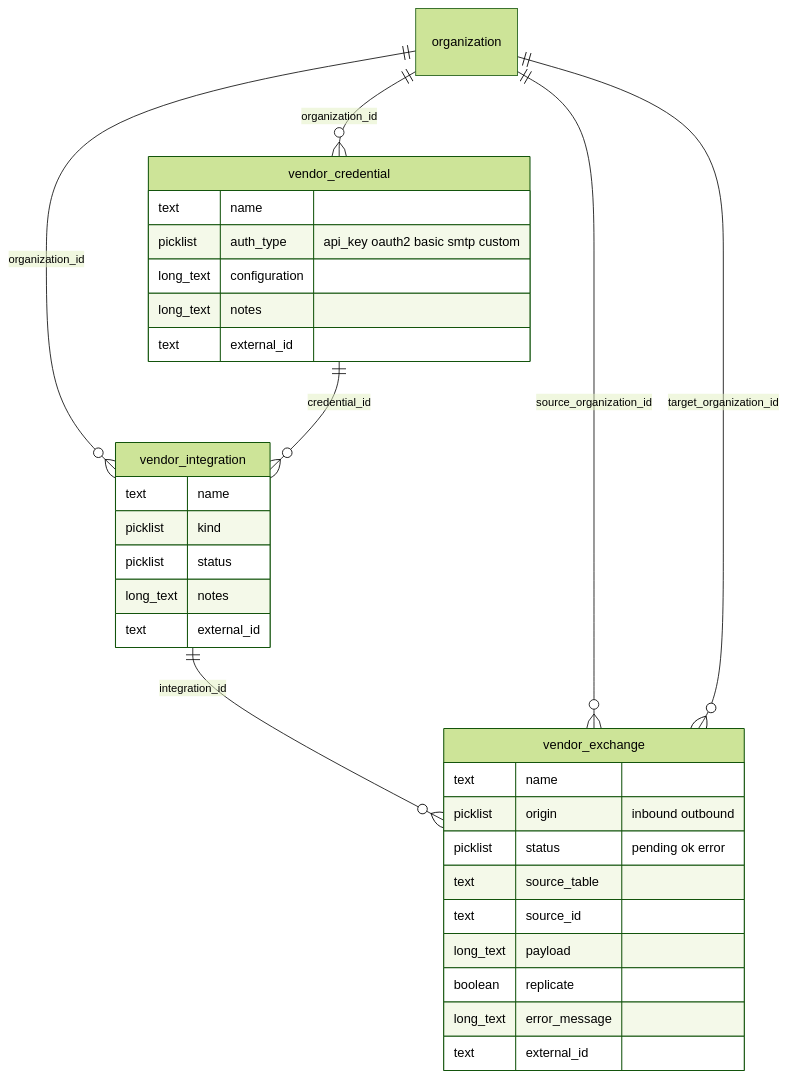
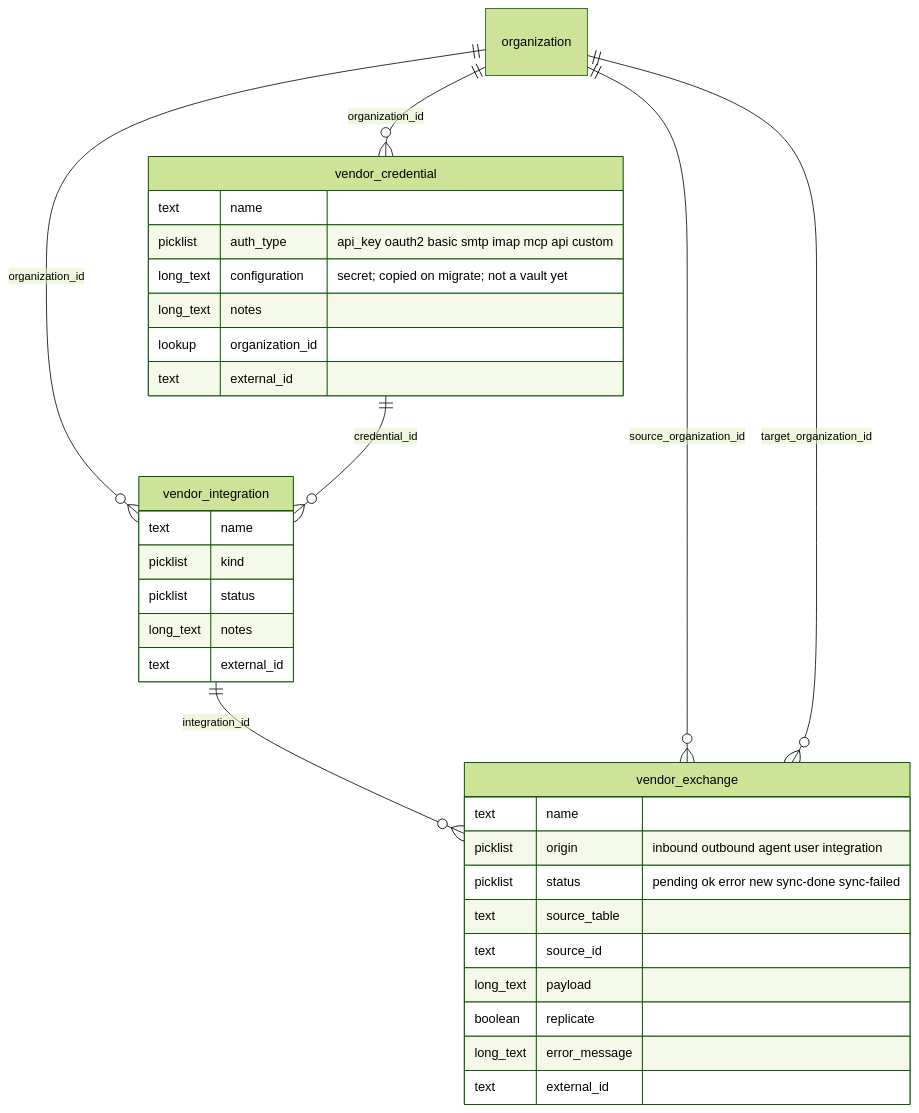
One commit to swartzlib7/versa-business-admin changed the sixth of 7 diagrams in docs/coa/RECORD_TYPE_FIELD_INVENTORY.erd.md. Above: the diagram before and after it, drawn with Mermaid (forest theme). The commit also changed other lines of this file and 46 other files, not shown here.

````diff
--- a/docs/coa/RECORD_TYPE_FIELD_INVENTORY.erd.md
+++ b/docs/coa/RECORD_TYPE_FIELD_INVENTORY.erd.md
@@ -342,37 +368,38 @@
 ```mermaid
 erDiagram
     organization ||--o{ vendor_credential : "organization_id"
     organization ||--o{ vendor_integration : "organization_id"
     vendor_credential ||--o{ vendor_integration : "credential_id"
     vendor_integration ||--o{ vendor_exchange : "integration_id"
     organization ||--o{ vendor_exchange : "source_organization_id"
     organization ||--o{ vendor_exchange : "target_organization_id"
 
     vendor_credential {
         text name
-        picklist auth_type "api_key oauth2 basic smtp custom"
-        long_text configuration
+        picklist auth_type "api_key oauth2 basic smtp imap mcp api custom"
+        long_text configuration "secret; copied on migrate; not a vault yet"
         long_text notes
+        lookup organization_id
         text external_id
     }
 
     vendor_integration {
         text name
         picklist kind
         picklist status
         long_text notes
         text external_id
     }
 
     vendor_exchange {
         text name
-        picklist origin "inbound outbound"
-        picklist status "pending ok error"
+        picklist origin "inbound outbound agent user integration"
+        picklist status "pending ok error new sync-done sync-failed"
         text source_table
         text source_id
         long_text payload
         boolean replicate
         long_text error_message
         text external_id
     }
 ```
````
